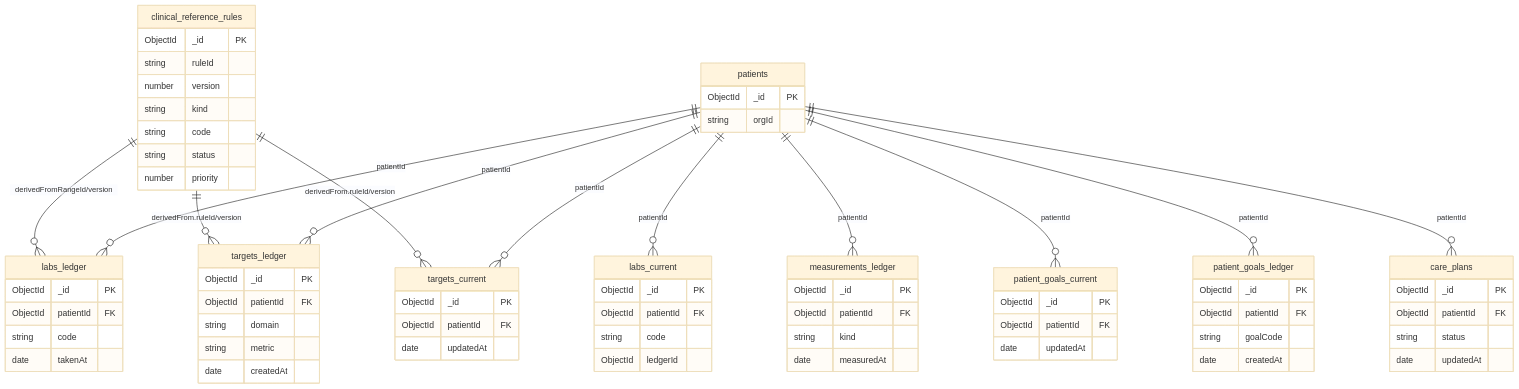
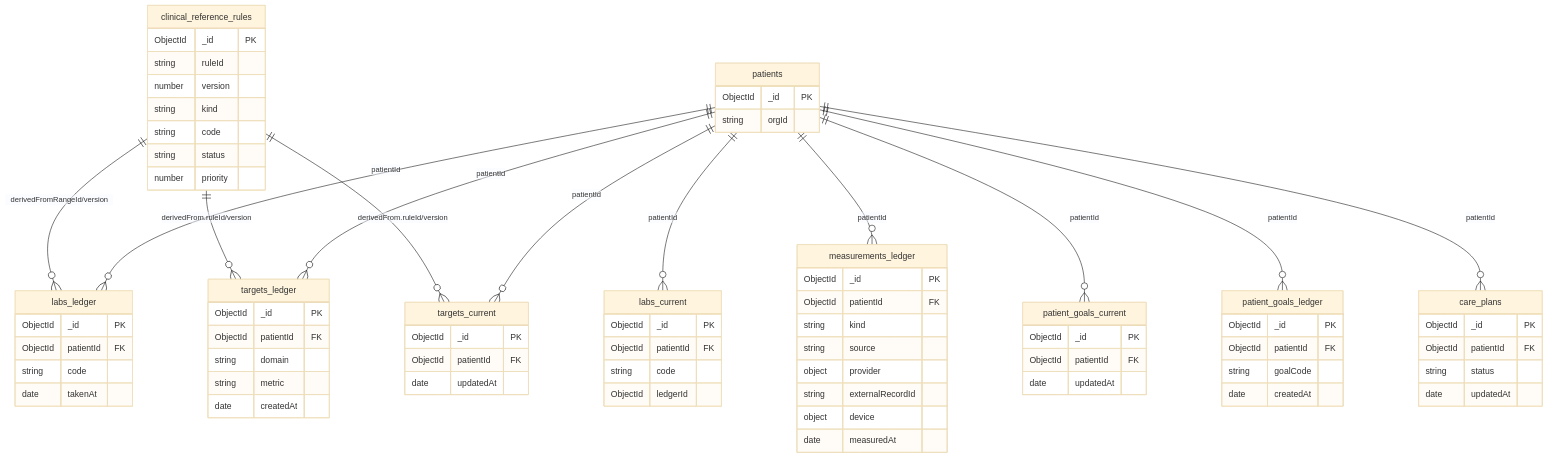
Before and after one commit to royadams72/cdk-copilot: the diagram in docs/data-model/erd.md, drawn with Mermaid (base theme). The commit also changed 17 other files, not shown here.

```diff
--- a/docs/data-model/erd.md
+++ b/docs/data-model/erd.md
@@ -45,6 +45,10 @@
     ObjectId _id PK
     ObjectId patientId FK
     string kind
+    string source
+    object provider
+    string externalRecordId
+    object device
     date measuredAt
   }
 
```
